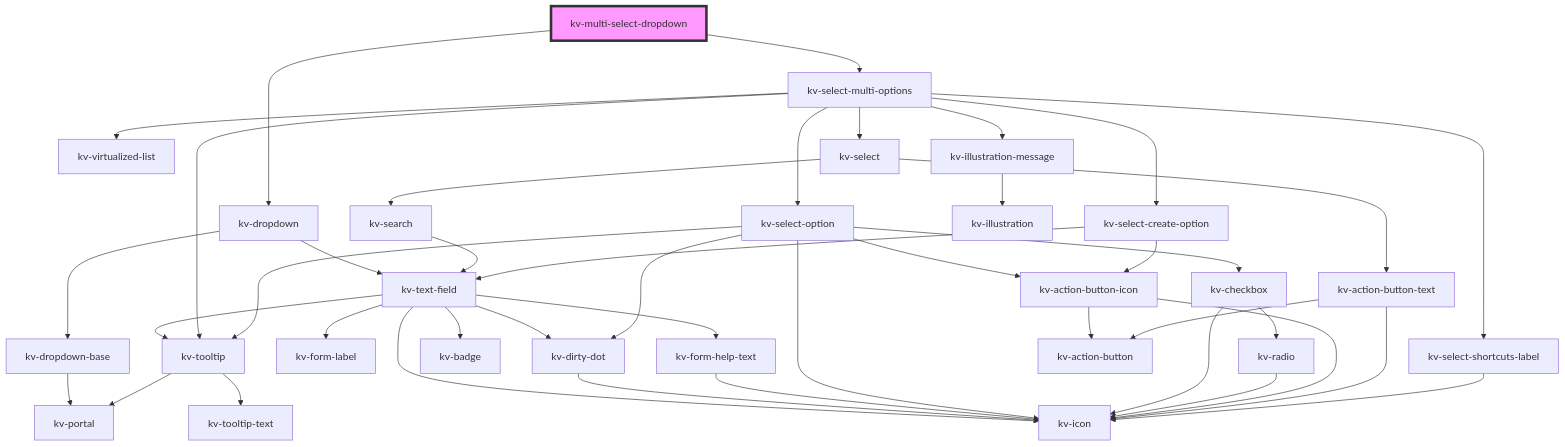
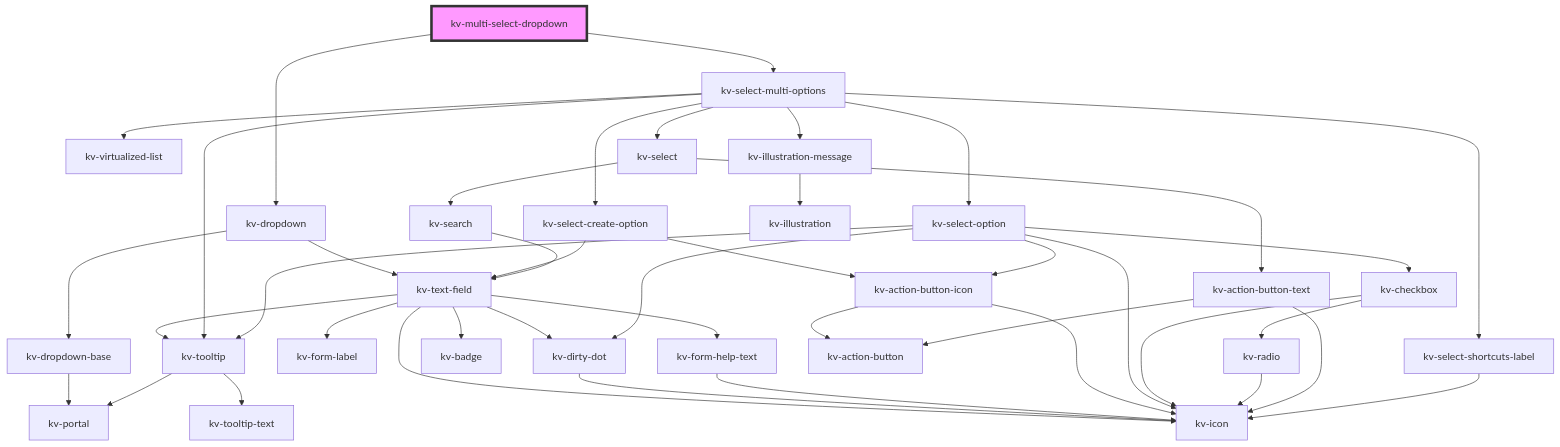
The diagram in packages/ui-components/src/components/multi-select-dropdown/readme.md (kelvininc/ui-components), drawn with Mermaid before and after one commit. The commit also changed other lines of this file and 55 other files, not shown here.

````diff
--- a/packages/ui-components/src/components/multi-select-dropdown/readme.md
+++ b/packages/ui-components/src/components/multi-select-dropdown/readme.md
@@ -123,45 +123,45 @@
 ```mermaid
 graph TD;
   kv-multi-select-dropdown --> kv-dropdown
   kv-multi-select-dropdown --> kv-select-multi-options
   kv-dropdown --> kv-dropdown-base
   kv-dropdown --> kv-text-field
   kv-dropdown-base --> kv-portal
   kv-text-field --> kv-tooltip
   kv-text-field --> kv-form-label
   kv-text-field --> kv-icon
   kv-text-field --> kv-dirty-dot
   kv-text-field --> kv-badge
   kv-text-field --> kv-form-help-text
   kv-tooltip --> kv-portal
   kv-tooltip --> kv-tooltip-text
   kv-dirty-dot --> kv-icon
   kv-form-help-text --> kv-icon
+  kv-select-multi-options --> kv-select-create-option
   kv-select-multi-options --> kv-virtualized-list
   kv-select-multi-options --> kv-select-option
   kv-select-multi-options --> kv-select
   kv-select-multi-options --> kv-tooltip
   kv-select-multi-options --> kv-illustration-message
-  kv-select-multi-options --> kv-select-create-option
   kv-select-multi-options --> kv-select-shortcuts-label
+  kv-select-create-option --> kv-text-field
+  kv-select-create-option --> kv-action-button-icon
+  kv-action-button-icon --> kv-action-button
+  kv-action-button-icon --> kv-icon
   kv-select-option --> kv-checkbox
   kv-select-option --> kv-tooltip
   kv-select-option --> kv-icon
   kv-select-option --> kv-dirty-dot
   kv-select-option --> kv-action-button-icon
   kv-checkbox --> kv-radio
   kv-checkbox --> kv-icon
   kv-radio --> kv-icon
-  kv-action-button-icon --> kv-action-button
-  kv-action-button-icon --> kv-icon
   kv-select --> kv-search
   kv-select --> kv-action-button-text
   kv-search --> kv-text-field
   kv-action-button-text --> kv-action-button
   kv-action-button-text --> kv-icon
   kv-illustration-message --> kv-illustration
-  kv-select-create-option --> kv-text-field
-  kv-select-create-option --> kv-action-button-icon
   kv-select-shortcuts-label --> kv-icon
   style kv-multi-select-dropdown fill:#f9f,stroke:#333,stroke-width:4px
 ```
````
